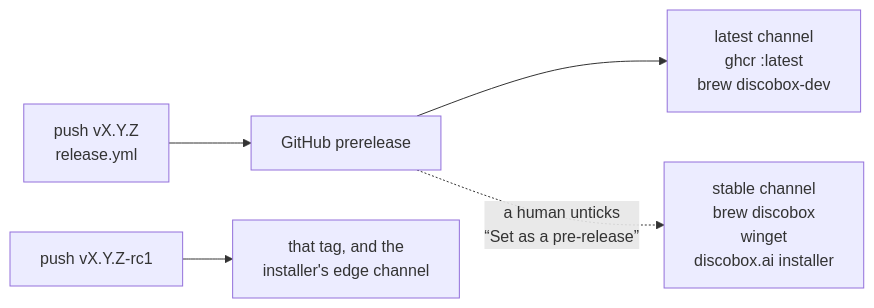
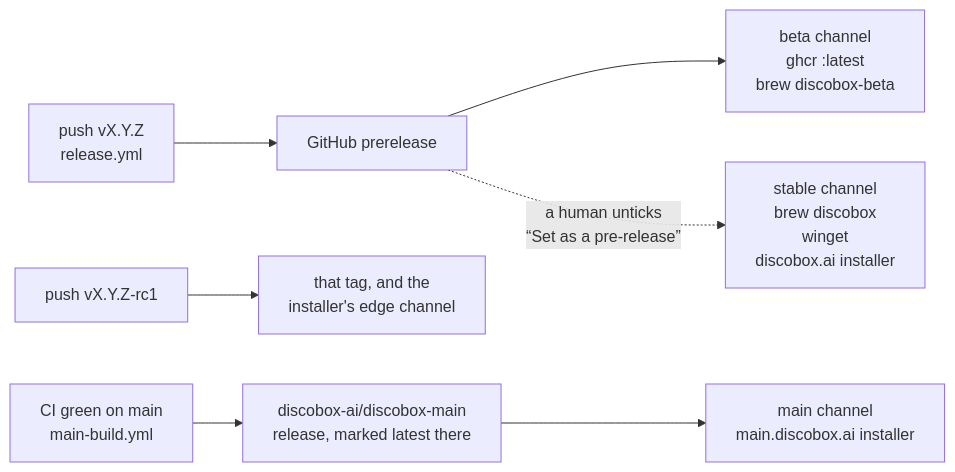
Before and after one commit to discobox-ai/discobox: the fourth of 5 diagrams in DESIGN.md, drawn with Mermaid. The commit also changed other lines of this file and 18 other files, not shown here.

First line of the commit message:
feat(release): build every green main into discobox-ai/discobox-main

````diff
--- a/DESIGN.md
+++ b/DESIGN.md
@@ -335,8 +335,10 @@
 ```mermaid
 flowchart LR
     tag["push vX.Y.Z<br/>release.yml"] --> pre["GitHub prerelease"]
-    pre --> latest["latest channel<br/>ghcr :latest<br/>brew discobox-dev"]
+    pre --> beta["beta channel<br/>ghcr :latest<br/>brew discobox-beta"]
     pre -.->|"a human unticks<br/>“Set as a pre-release”"| stable
     stable["stable channel<br/>brew discobox<br/>winget<br/>discobox.ai installer"]
     rc["push vX.Y.Z-rc1"] --> only["that tag, and the<br/>installer's edge channel"]
+    green["CI green on main<br/>main-build.yml"] --> mainb["discobox-ai/discobox-main<br/>release, marked latest there"]
+    mainb --> mainc["main channel<br/>main.discobox.ai installer"]
 ```
````
